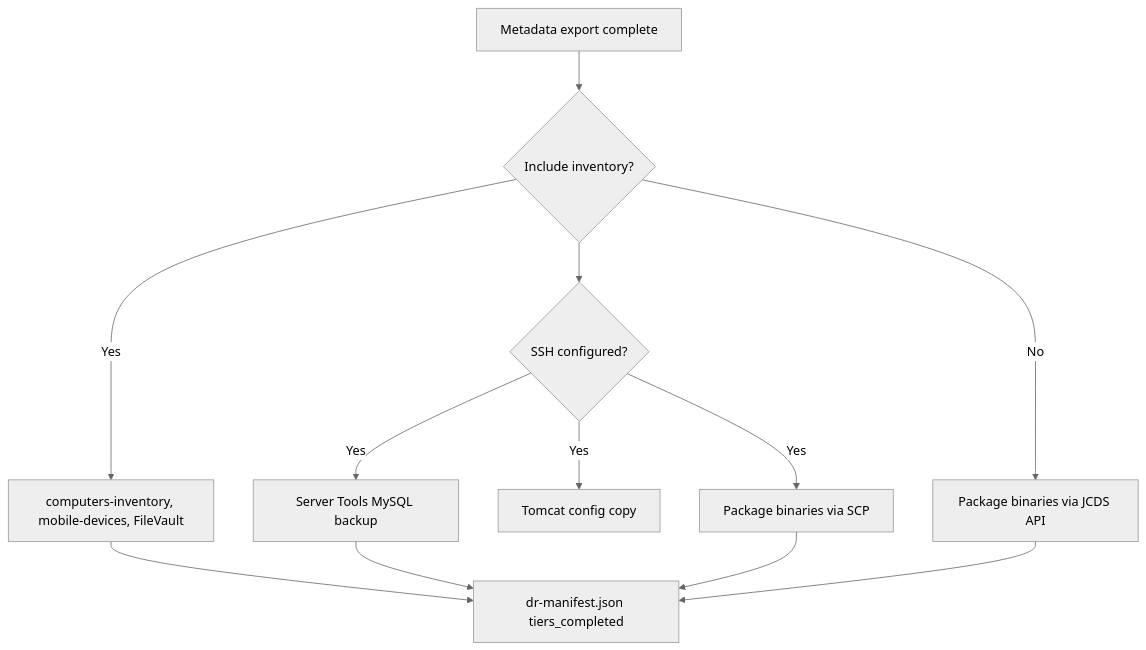
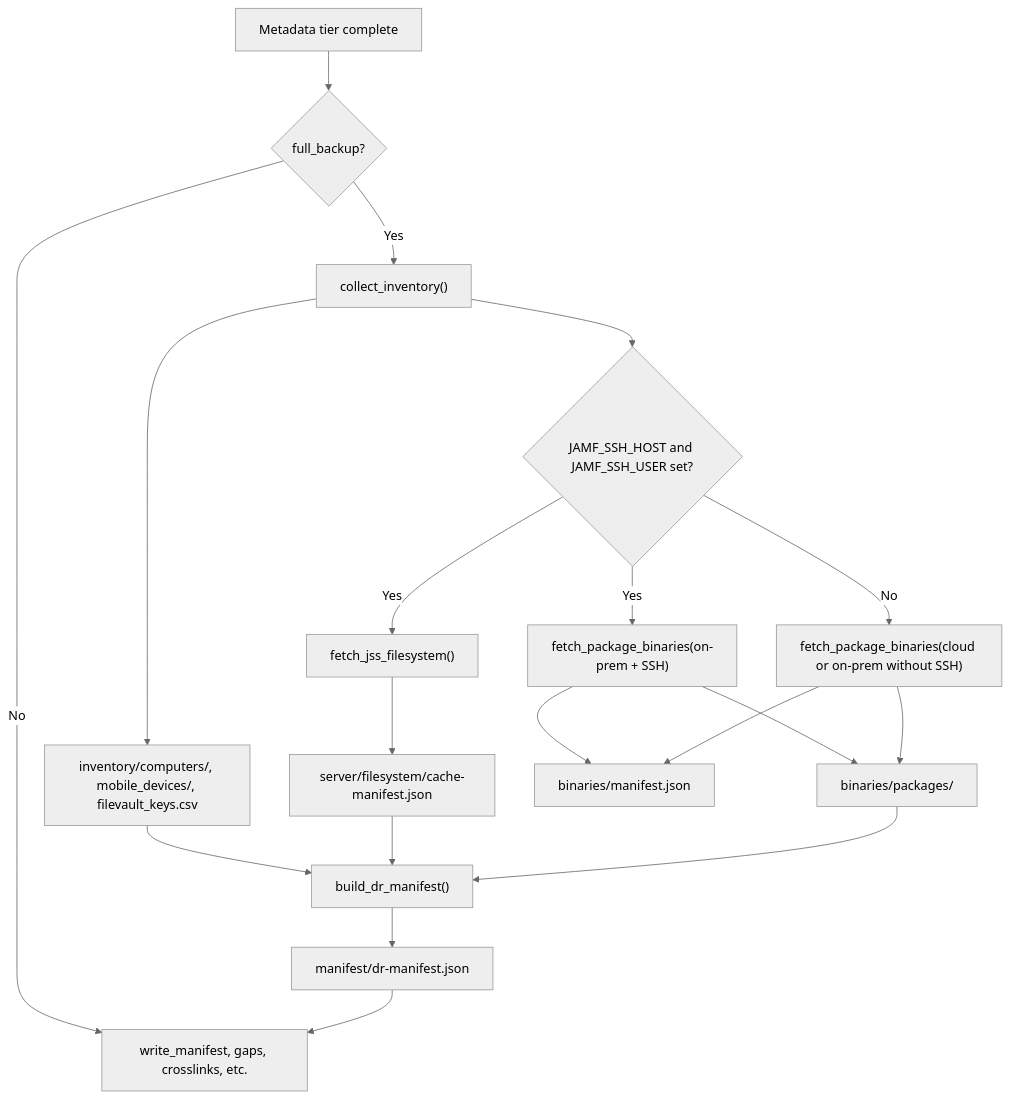
Before and after one commit to roto31/jamf-dossier: the fourth of 6 diagrams in docs/architecture.md, drawn with Mermaid (neutral theme). The commit also changed other lines of this file and 31 other files, not shown here.

````diff
--- a/docs/architecture.md
+++ b/docs/architecture.md
@@ -72,14 +144,21 @@
 ```mermaid
 flowchart TD
-  Meta["Metadata export complete"] --> Inv{"Include inventory?"}
-  Inv -->|Yes| InvAPI["computers-inventory, mobile-devices, FileVault"]
-  Inv --> SSH{"SSH configured?"}
-  SSH -->|Yes| MySQL["Server Tools MySQL backup"]
-  SSH -->|Yes| Tomcat["Tomcat config copy"]
-  SSH -->|Yes| PkgSCP["Package binaries via SCP"]
-  Inv -->|No| PkgCloud["Package binaries via JCDS API"]
-  InvAPI --> DRMan["dr-manifest.json tiers_completed"]
-  MySQL --> DRMan
-  PkgSCP --> DRMan
-  PkgCloud --> DRMan
+  MetadataDone["Metadata tier complete"] --> FullCheck{"full_backup?"}
+  FullCheck -->|No| Finalize
+  FullCheck -->|Yes| InvCollect["collect_inventory()"]
+  InvCollect --> InvOut["inventory/computers/, mobile_devices/, filevault_keys.csv"]
+  InvCollect --> SSHCheck{"JAMF_SSH_HOST and JAMF_SSH_USER set?"}
+  SSHCheck -->|Yes| SSHFetch["fetch_jss_filesystem()"]
+  SSHFetch --> SrvOut["server/filesystem/cache-manifest.json"]
+  SSHCheck -->|Yes| PkgOnPrem["fetch_package_binaries(on-prem + SSH)"]
+  SSHCheck -->|No| PkgCloud["fetch_package_binaries(cloud or on-prem without SSH)"]
+  PkgOnPrem --> BinOut["binaries/packages/"]
+  PkgCloud --> BinOut
+  PkgOnPrem --> PkgManifest["binaries/manifest.json"]
+  PkgCloud --> PkgManifest
+  InvOut --> DRBuild["build_dr_manifest()"]
+  SrvOut --> DRBuild
+  BinOut --> DRBuild
+  DRBuild --> DRFile["manifest/dr-manifest.json"]
+  DRFile --> Finalize["write_manifest, gaps, crosslinks, etc."]
 ```
````
